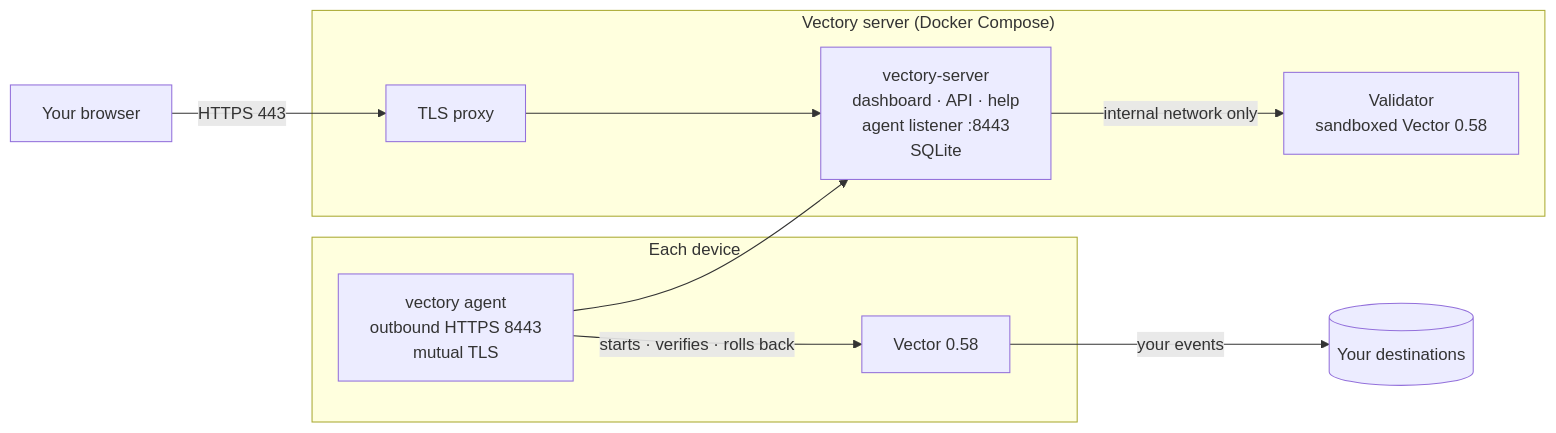
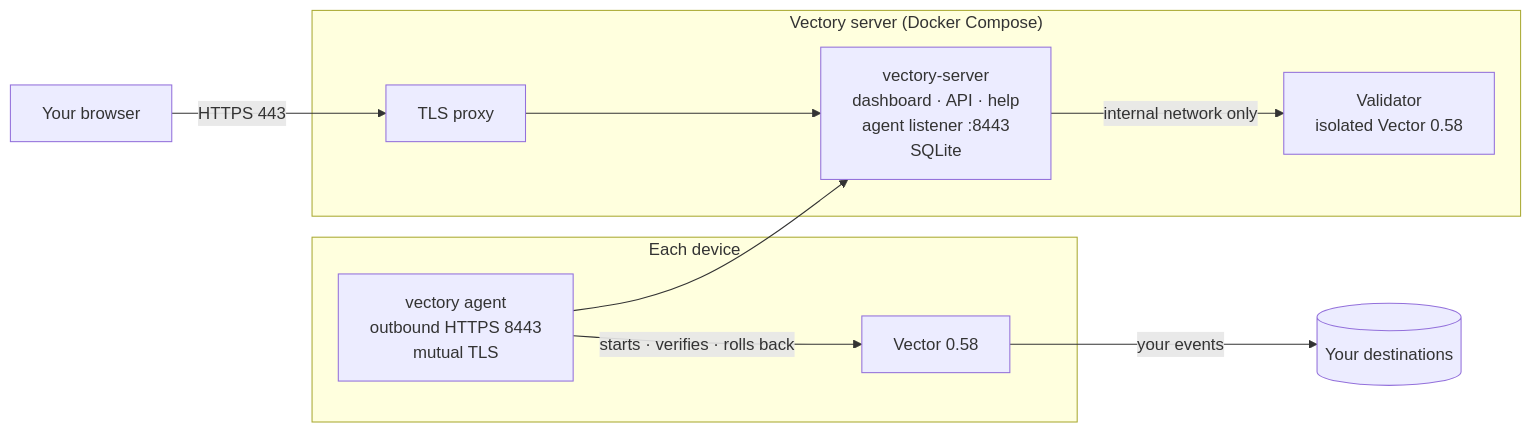
The diagram in README.md (416rehman/Vectory), drawn with Mermaid before and after one commit. The commit also changed other lines of this file and 6 other files, not shown here.

First line of the commit message:
Say only what the evidence supports: validator, audit, rotation, load and trust wording

````diff
--- a/README.md
+++ b/README.md
@@ -31,13 +31,13 @@
 ```mermaid
 flowchart LR
   B["Your browser"] -->|"HTTPS 443"| P["TLS proxy"]
   subgraph S["Vectory server (Docker Compose)"]
     P --> V["vectory-server<br/>dashboard · API · help<br/>agent listener :8443<br/>SQLite"]
-    V -->|"internal network only"| W["Validator<br/>sandboxed Vector 0.58"]
+    V -->|"internal network only"| W["Validator<br/>isolated Vector 0.58"]
   end
   subgraph H["Each device"]
     A["vectory agent<br/>outbound HTTPS 8443<br/>mutual TLS"] -->|"starts · verifies · rolls back"| X["Vector 0.58"]
   end
   A --> V
   X -->|"your events"| D[("Your destinations")]
 ```
````
